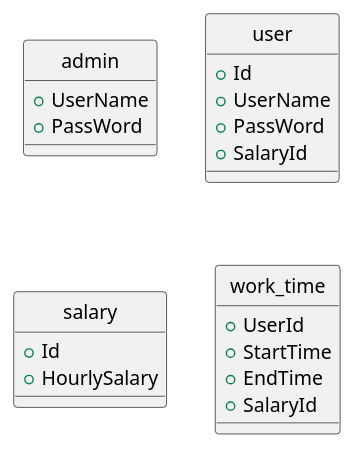
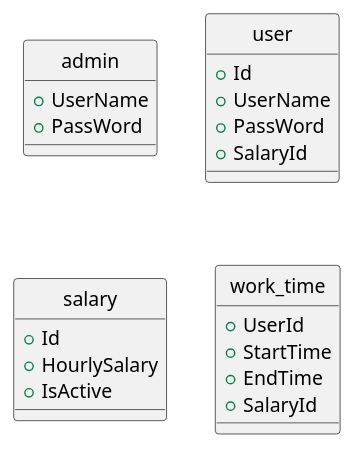
One commit to YanaPIIDXer/AttendanceSample changed the diagram in Document/Database.puml. Above: the diagram before and after it, drawn with PlantUML.

Commit message:
追記。

```diff
--- a/Document/Database.puml
+++ b/Document/Database.puml
@@ -1,28 +1,29 @@
 @startuml
 hide circle
 
 class admin{
    + UserName
    + PassWord
 }
 
 class user{
   + Id
   + UserName
   + PassWord
   + SalaryId
 }
 
 class salary{
   + Id
   + HourlySalary
+  + IsActive
 }
 
 class work_time{
   + UserId
   + StartTime
   + EndTime
   + SalaryId
 }
 
 @end
```
